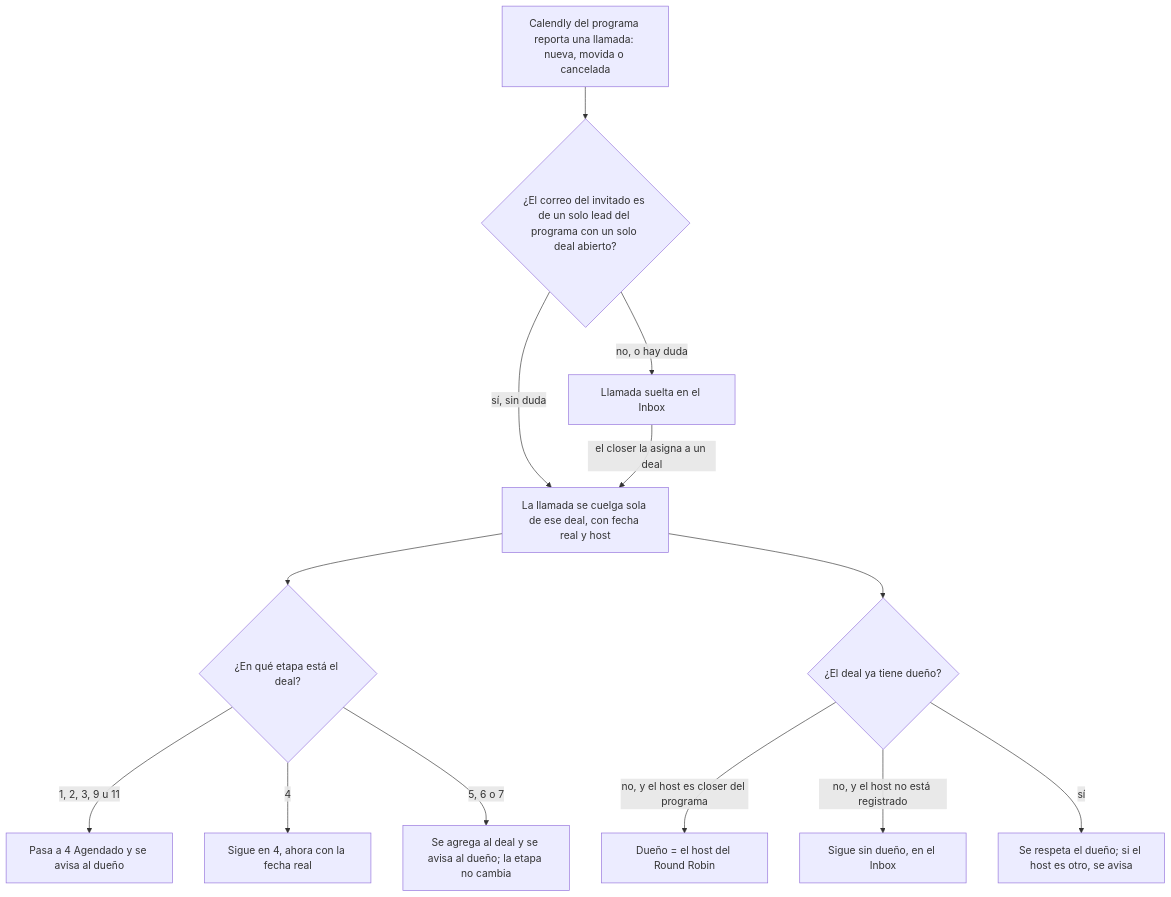
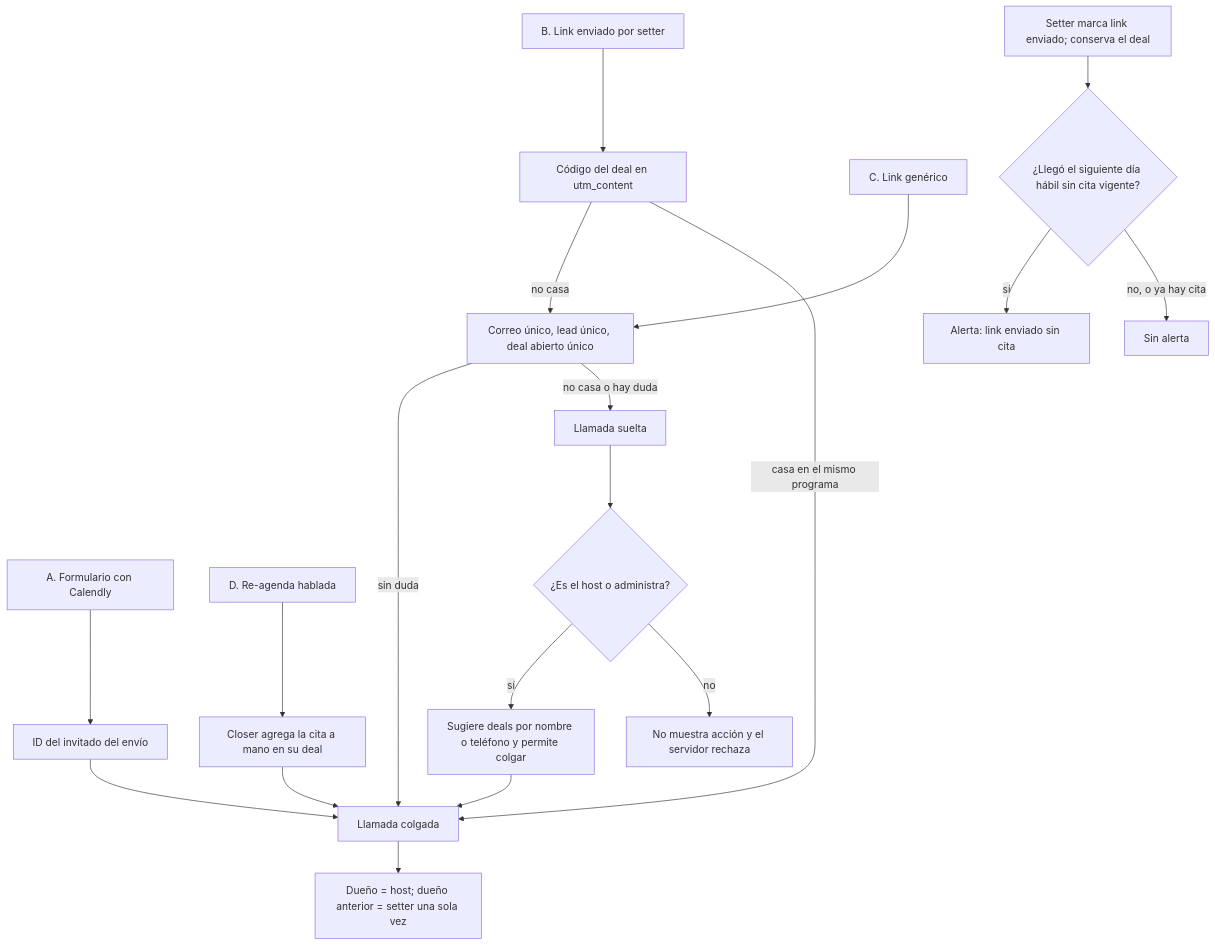
Before and after one commit to Retia-Agencia/retia-metrics: the third of 6 diagrams in docs/structure.md, drawn with Mermaid. The commit also changed other lines of this file and 27 other files, not shown here.

First line of the commit message:
157: el setter entrega el deal al closer por la cita (ADR 0076)

````diff
--- a/docs/structure.md
+++ b/docs/structure.md
@@ -127,15 +127,21 @@
 ```mermaid
 flowchart TD
-  CAL["Calendly del programa reporta una llamada: nueva, movida o cancelada"] --> Q1{"¿El correo del invitado es de un solo lead del programa con un solo deal abierto?"}
-  Q1 -- "sí, sin duda" --> AUTO["La llamada se cuelga sola de ese deal, con fecha real y host"]
-  Q1 -- "no, o hay duda" --> SUELTA["Llamada suelta en el Inbox"]
-  SUELTA -- "el closer la asigna a un deal" --> AUTO
-  AUTO --> ET{"¿En qué etapa está el deal?"}
-  ET -- "1, 2, 3, 9 u 11" --> A4["Pasa a 4 Agendado y se avisa al dueño"]
-  ET -- "4" --> A4B["Sigue en 4, ahora con la fecha real"]
-  ET -- "5, 6 o 7" --> SEG["Se agrega al deal y se avisa al dueño; la etapa no cambia"]
-  AUTO --> OW{"¿El deal ya tiene dueño?"}
-  OW -- "no, y el host es closer del programa" --> HO["Dueño = el host del Round Robin"]
-  OW -- "no, y el host no está registrado" --> INB["Sigue sin dueño, en el Inbox"]
-  OW -- "sí" --> KEEP["Se respeta el dueño; si el host es otro, se avisa"]
+  A["A. Formulario con Calendly"] --> ID["ID del invitado del envío"]
+  B["B. Link enviado por setter"] --> COD["Código del deal en utm_content"]
+  COD -- "no casa" --> CORREO
+  C["C. Link genérico"] --> CORREO["Correo único, lead único, deal abierto único"]
+  D["D. Re-agenda hablada"] --> MANUAL["Closer agrega la cita a mano en su deal"]
+  ID --> COLGADA["Llamada colgada"]
+  COD -- "casa en el mismo programa" --> COLGADA
+  CORREO -- "sin duda" --> COLGADA
+  CORREO -- "no casa o hay duda" --> SUELTA["Llamada suelta"]
+  MANUAL --> COLGADA
+  SUELTA --> PERMISO{"¿Es el host o administra?"}
+  PERMISO -- "sí" --> SUG["Sugiere deals por nombre o teléfono y permite colgar"]
+  PERMISO -- "no" --> BLOQ["No muestra acción y el servidor rechaza"]
+  SUG --> COLGADA
+  COLGADA --> HOST["Dueño = host; dueño anterior = setter una sola vez"]
+  LINK["Setter marca link enviado; conserva el deal"] --> RELOJ{"¿Llegó el siguiente día hábil sin cita vigente?"}
+  RELOJ -- "sí" --> ALERTA["Alerta: link enviado sin cita"]
+  RELOJ -- "no, o ya hay cita" --> OK["Sin alerta"]
 ```
````
